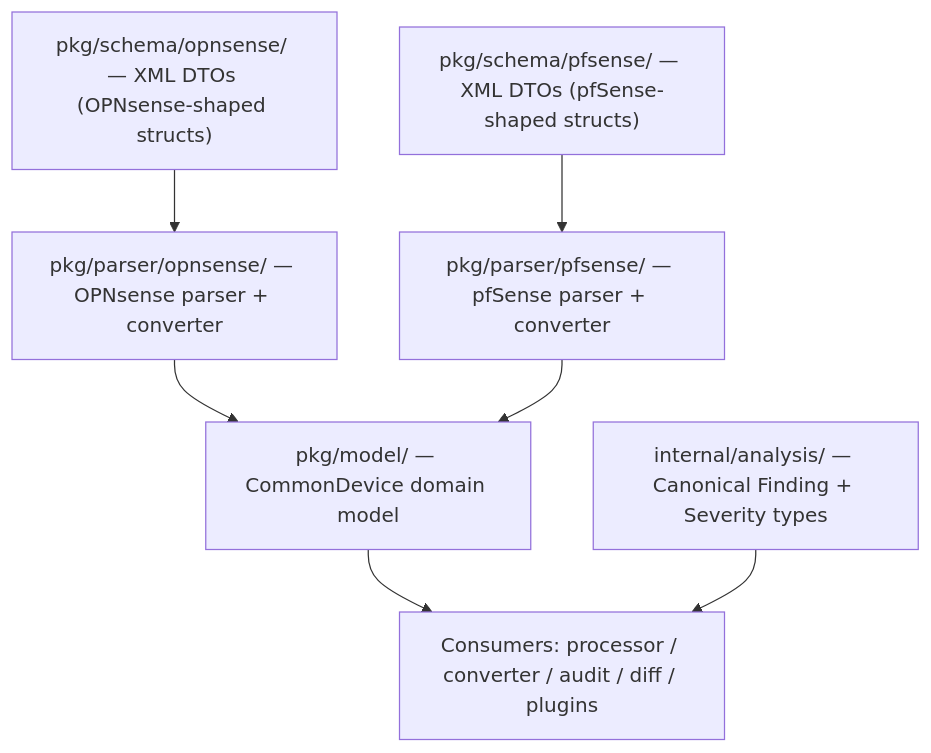
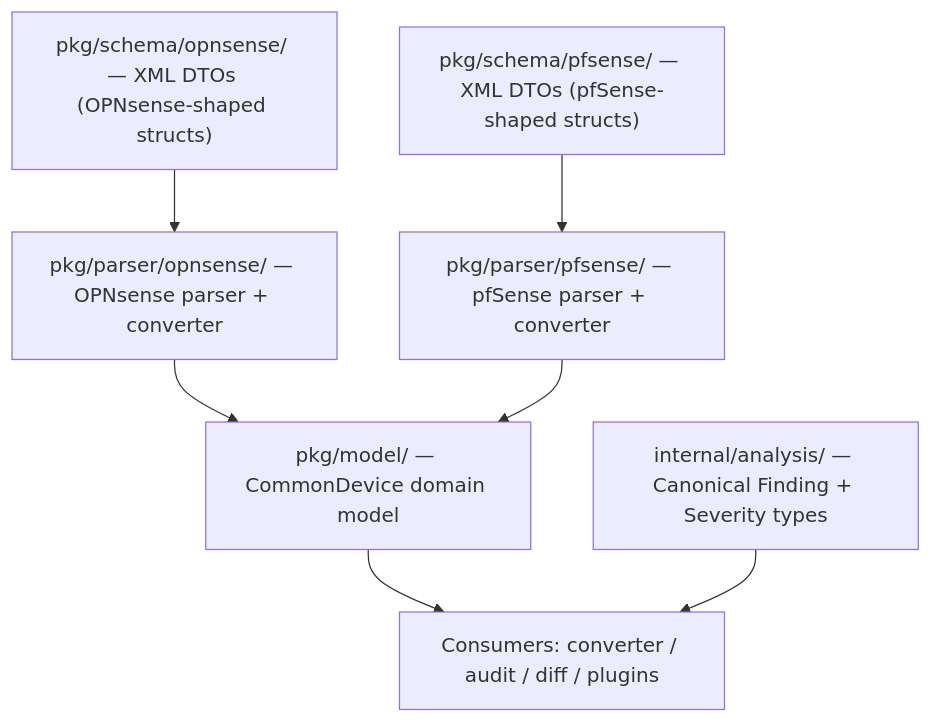
One commit to unclesp1d3r/opnFocus changed the second of 3 diagrams in docs/development/architecture/overview.md. Above: the diagram before and after it, drawn with Mermaid. The commit also changed other lines of this file and 57 other files, not shown here.

````diff
--- a/docs/development/architecture/overview.md
+++ b/docs/development/architecture/overview.md
@@ -388,17 +388,17 @@
 ```mermaid
 graph TD
     A["pkg/schema/opnsense/ — XML DTOs (OPNsense-shaped structs)"]
     B["pkg/parser/opnsense/ — OPNsense parser + converter"]
     C["pkg/schema/pfsense/ — XML DTOs (pfSense-shaped structs)"]
     D["pkg/parser/pfsense/ — pfSense parser + converter"]
     E["pkg/model/ — CommonDevice domain model"]
     F["internal/analysis/ — Canonical Finding + Severity types"]
-    G["Consumers: processor / converter / audit / diff / plugins"]
+    G["Consumers: converter / audit / diff / plugins"]
 
     A --> B
     C --> D
     B --> E
     D --> E
     E --> G
     F --> G
 ```
````
